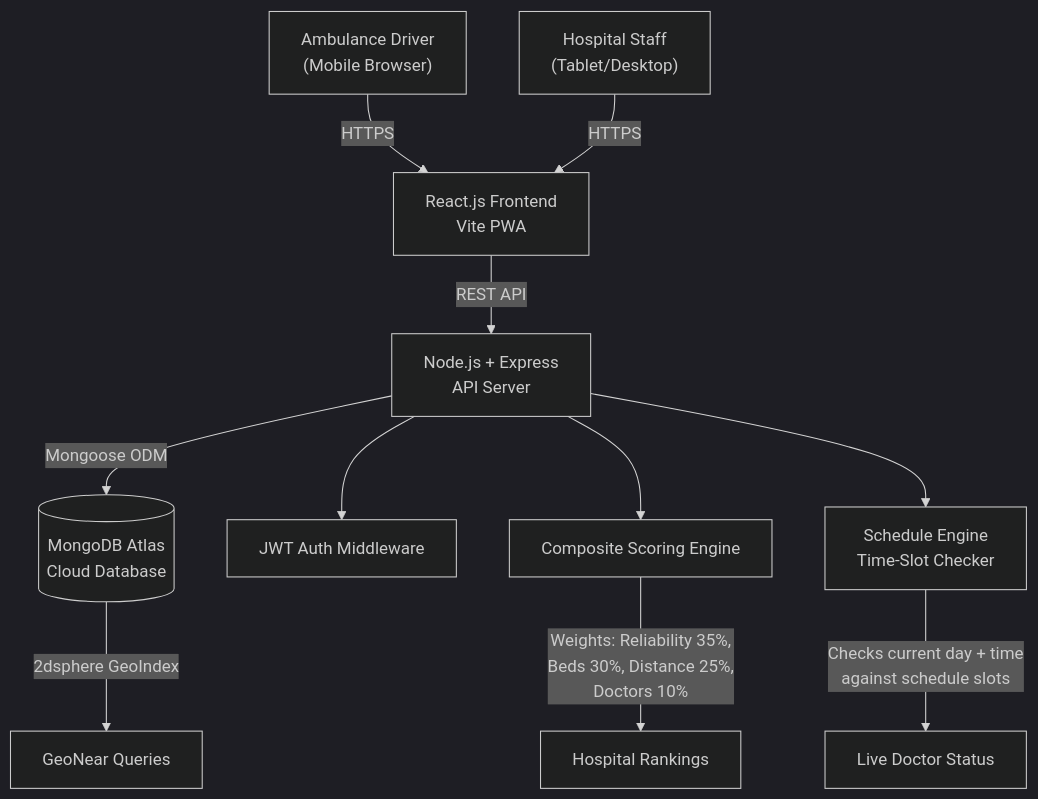
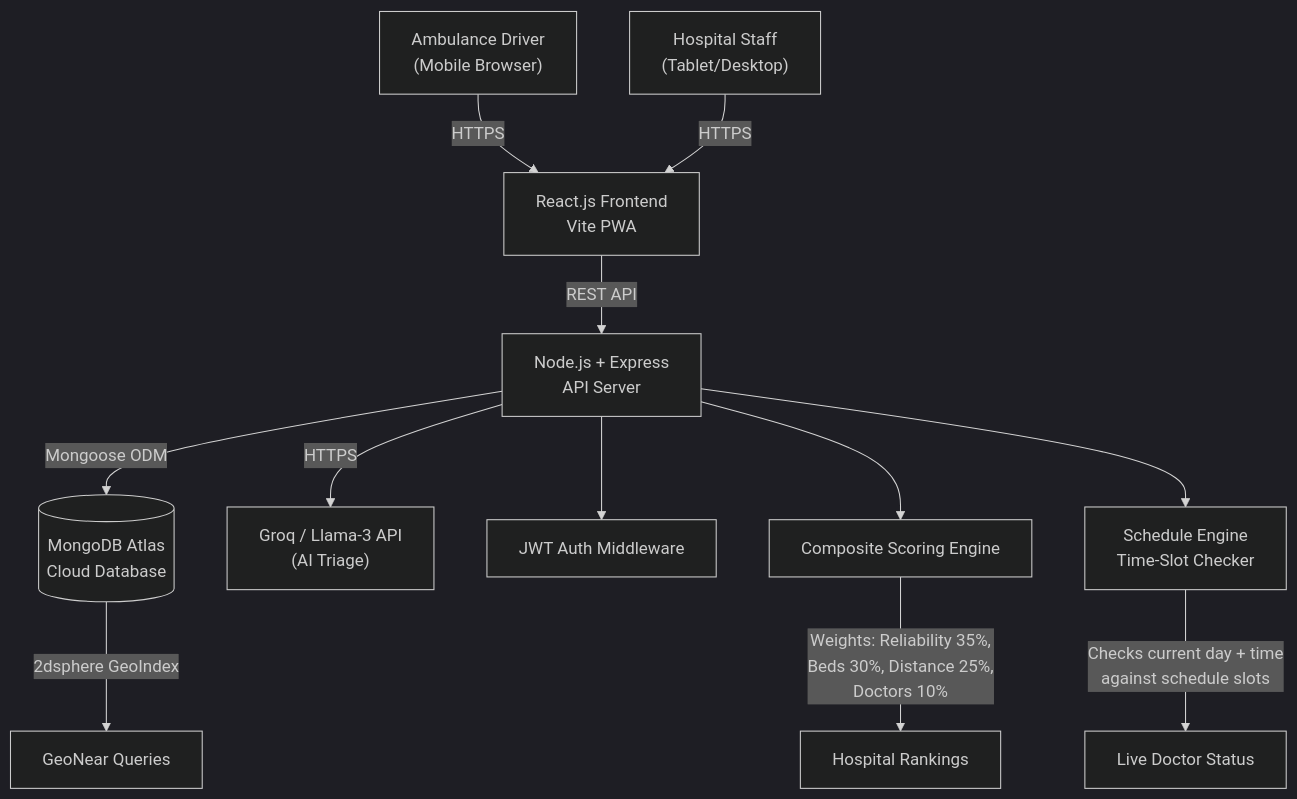
One commit to Saqibayaz4314/golden-hour-navigator changed the first of 2 diagrams in golden-hour-navigator/README.md. Above: the diagram before and after it, drawn with Mermaid (dark theme).

Commit message:
Add AI to architecture diagram

````diff
--- a/golden-hour-navigator/README.md
+++ b/golden-hour-navigator/README.md
@@ -86,13 +86,14 @@
 ```mermaid
 graph TD
     A["Ambulance Driver\n(Mobile Browser)"] -->|HTTPS| B[React.js Frontend\nVite PWA]
     C["Hospital Staff\n(Tablet/Desktop)"] -->|HTTPS| B
     B -->|REST API| D[Node.js + Express\nAPI Server]
     D -->|Mongoose ODM| E[(MongoDB Atlas\nCloud Database)]
+    D -->|HTTPS| L["Groq / Llama-3 API\n(AI Triage)"]
     E -->|2dsphere GeoIndex| F[GeoNear Queries]
     D --> G[JWT Auth Middleware]
     D --> H[Composite Scoring Engine]
     D --> I[Schedule Engine\nTime-Slot Checker]
     H -->|Weights: Reliability 35%,\nBeds 30%, Distance 25%,\nDoctors 10%| J[Hospital Rankings]
     I -->|Checks current day + time\nagainst schedule slots| K[Live Doctor Status]
 ```
````
